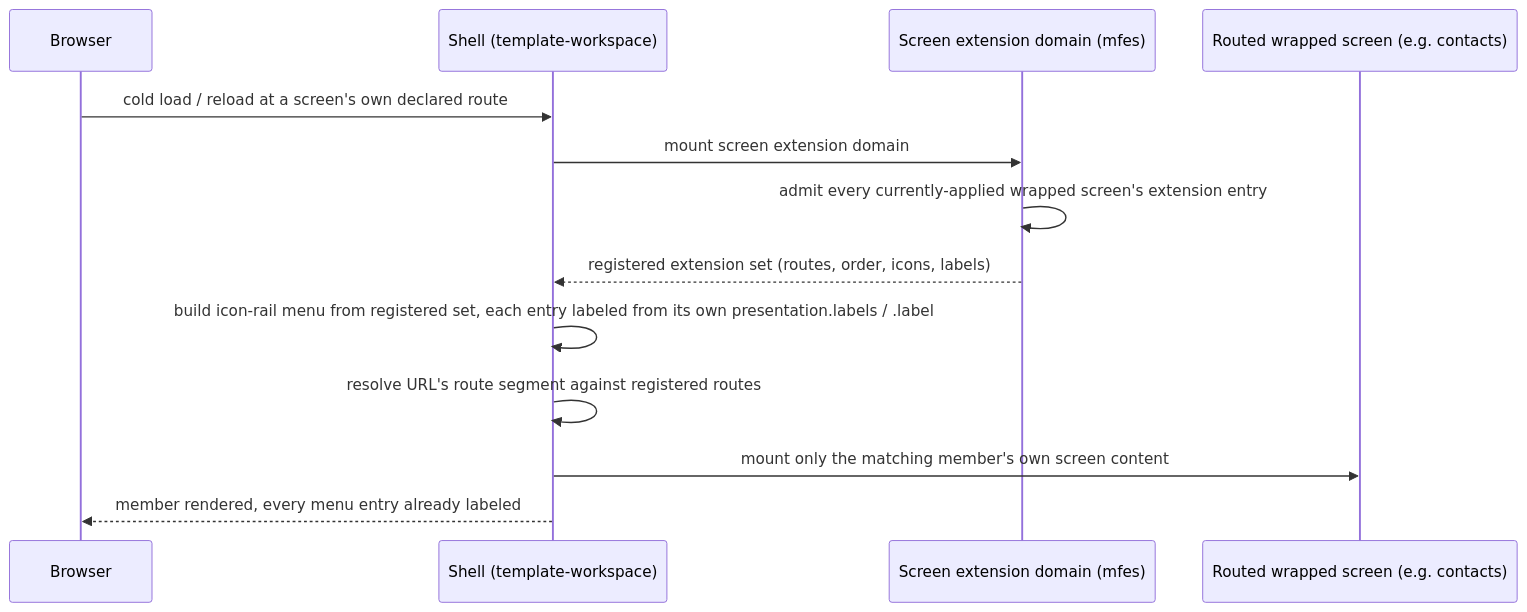
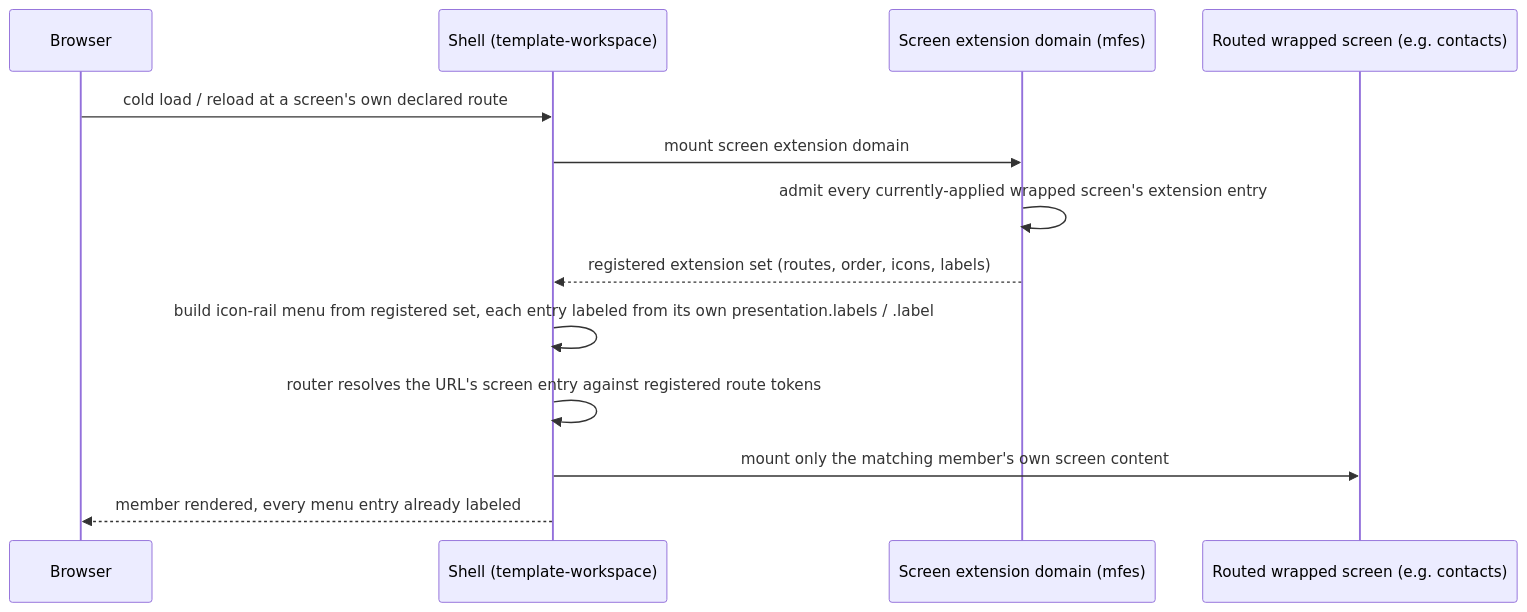
Before and after one commit to constructorfabric/gears-frontx-templates: the second of 2 diagrams in architecture/workspace-templates/DESIGN.md, drawn with Mermaid. The commit also changed other lines of this file and 2 other files, not shown here.

Commit message:
docs(architecture): route through the router port and a top-level route

````diff
--- a/architecture/workspace-templates/DESIGN.md
+++ b/architecture/workspace-templates/DESIGN.md
@@ -360,15 +361,15 @@
 ```mermaid
 sequenceDiagram
     participant Browser
     participant Shell as Shell (template-workspace)
     participant Domain as Screen extension domain (mfes)
     participant Screen as Routed wrapped screen (e.g. contacts)
     Browser->>Shell: cold load / reload at a screen's own declared route
     Shell->>Domain: mount screen extension domain
     Domain->>Domain: admit every currently-applied wrapped screen's extension entry
     Domain-->>Shell: registered extension set (routes, order, icons, labels)
     Shell->>Shell: build icon-rail menu from registered set, each entry labeled from its own presentation.labels / .label
-    Shell->>Shell: resolve URL's route segment against registered routes
+    Shell->>Shell: router resolves the URL's screen entry against registered route tokens
     Shell->>Screen: mount only the matching member's own screen content
     Shell-->>Browser: member rendered, every menu entry already labeled
 ```
````
